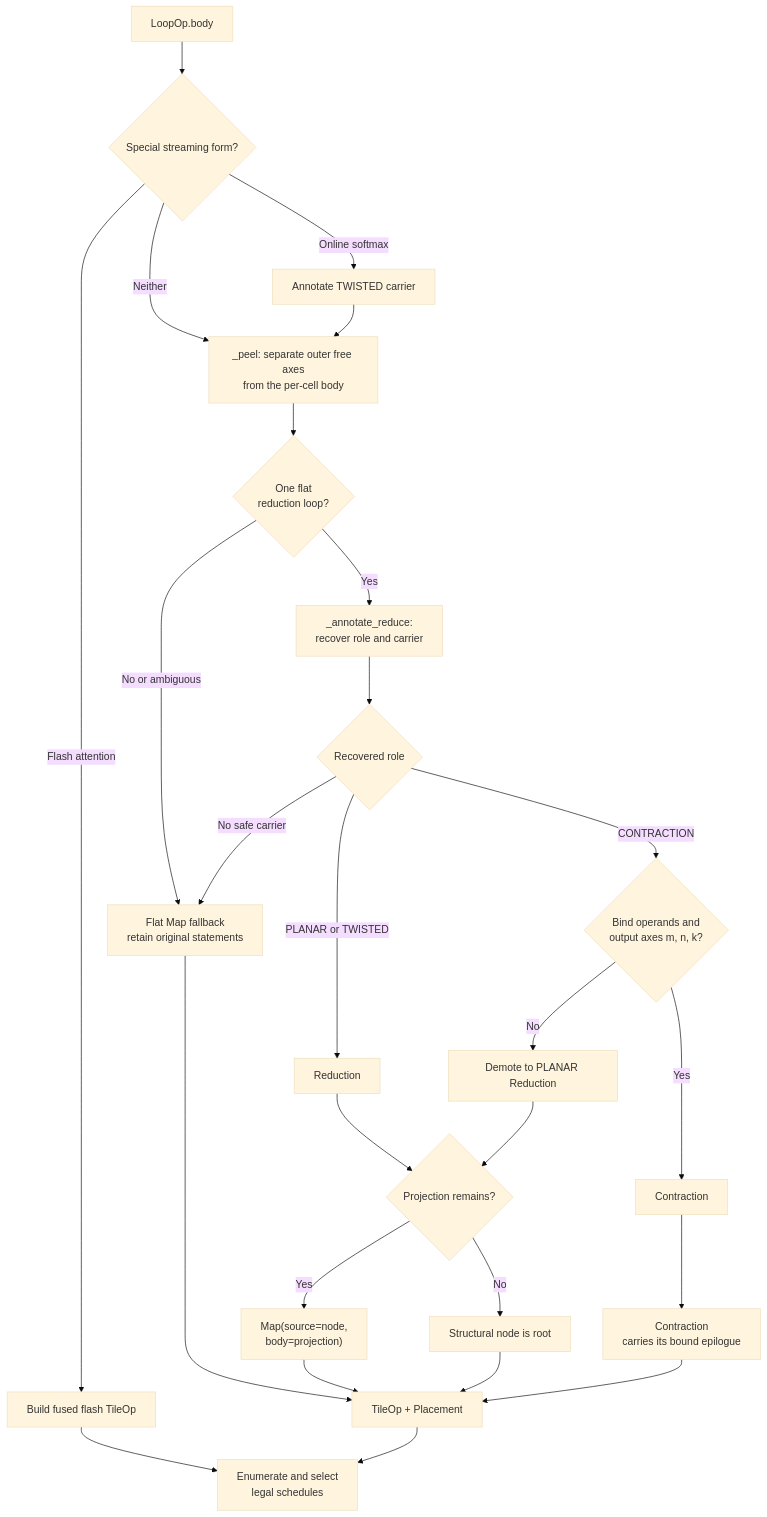
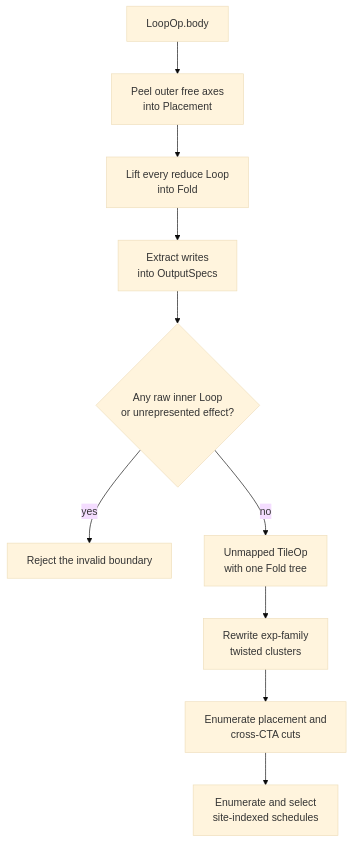
One commit to cloudrift-ai/emmy changed the seventh of 8 diagrams in docs/docs/course/compiler_deep_dive.mdx. Above: the diagram before and after it, drawn with Mermaid (base theme). The commit also changed other lines of this file and 5 other files, not shown here.

````diff
--- a/docs/docs/course/compiler_deep_dive.mdx
+++ b/docs/docs/course/compiler_deep_dive.mdx
@@ -1180,33 +1182,12 @@
 ```mermaid
 flowchart TD
-    Loop["LoopOp.body"] --> Special{"Special streaming form?"}
-    Special -->|Flash attention| Flash["Build fused flash TileOp"]
-    Special -->|Online softmax| Softmax["Annotate TWISTED carrier"]
-    Special -->|Neither| Peel["_peel: separate outer free axes<br/>from the per-cell body"]
-    Softmax --> Peel
-    Peel --> Count{"One flat<br/>reduction loop?"}
-
-    Count -->|No or ambiguous| Flat["Flat Map fallback<br/>retain original statements"]
-    Count -->|Yes| Annotate["_annotate_reduce:<br/>recover role and carrier"]
-    Annotate --> Role{"Recovered role"}
-
-    Role -->|PLANAR or TWISTED| Reduction["Reduction"]
-    Role -->|CONTRACTION| Bind{"Bind operands and<br/>output axes m, n, k?"}
-    Role -->|No safe carrier| Flat
-
-    Bind -->|Yes| Contraction["Contraction"]
-    Bind -->|No| Demote["Demote to PLANAR Reduction"]
-
-    Reduction --> Projection{"Projection remains?"}
-    Contraction --> ContractNode["Contraction<br/>carries its bound epilogue"]
-    Demote --> Projection
-    Projection -->|Yes| Wrap["Map(source=node,<br/>body=projection)"]
-    Projection -->|No| Root["Structural node is root"]
-
-    Flat --> Tile["TileOp + Placement"]
-    Wrap --> Tile
-    Root --> Tile
-    ContractNode --> Tile
-    Flash --> Schedule
-    Tile --> Schedule["Enumerate and select<br/>legal schedules"]
+    Loop["LoopOp.body"] --> Peel["Peel outer free axes<br/>into Placement"]
+    Peel --> Lift["Lift every reduce Loop<br/>into Fold"]
+    Lift --> Outputs["Extract writes<br/>into OutputSpecs"]
+    Outputs --> Check{"Any raw inner Loop<br/>or unrepresented effect?"}
+    Check -->|yes| Error["Reject the invalid boundary"]
+    Check -->|no| Tile["Unmapped TileOp<br/>with one Fold tree"]
+    Tile --> Twist["Rewrite exp-family<br/>twisted clusters"]
+    Twist --> Cuts["Enumerate placement and<br/>cross-CTA cuts"]
+    Cuts --> Schedule["Enumerate and select<br/>site-indexed schedules"]
 ```
````
